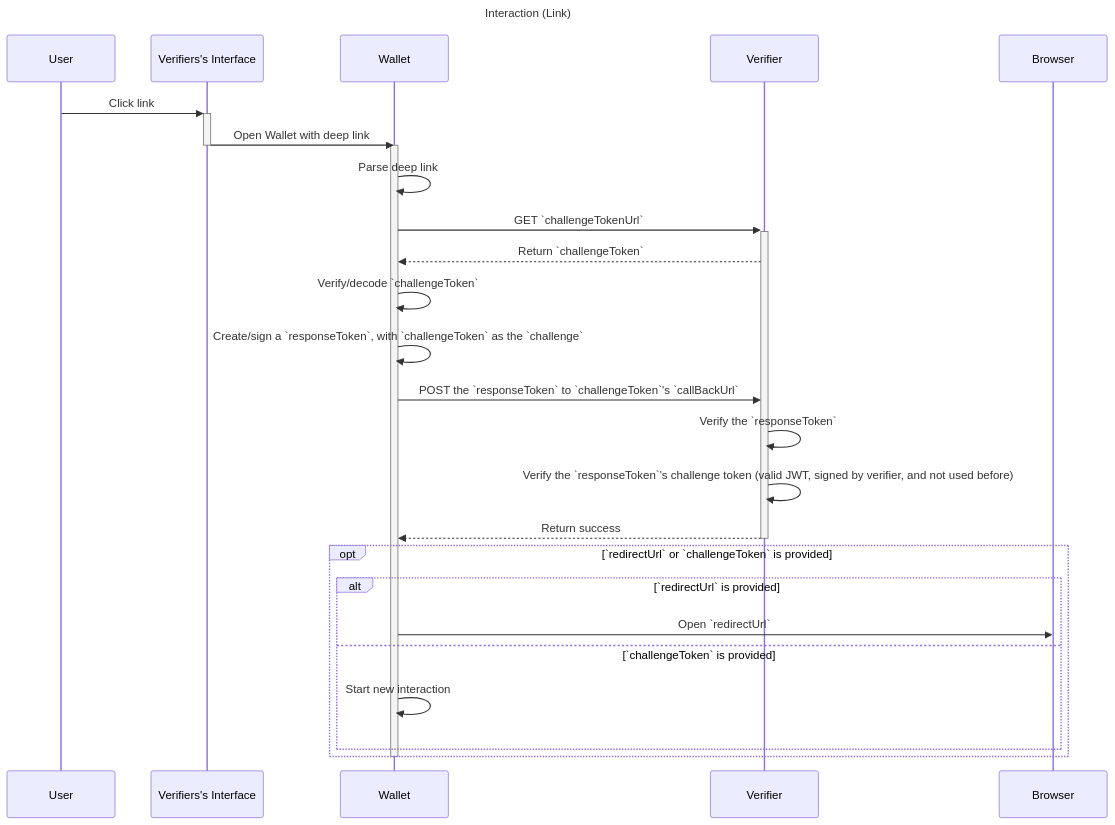
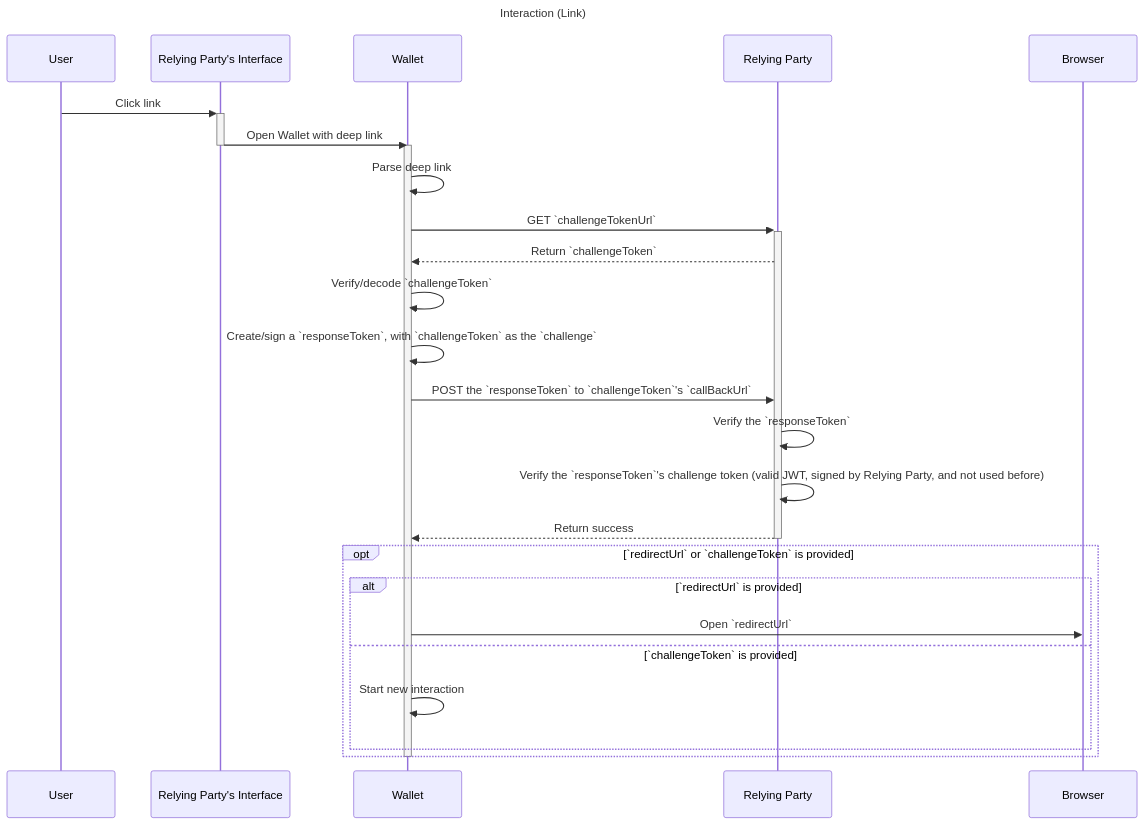
Before and after one commit to decentralized-identity/wallet-and-credential-interactions: the second of 6 diagrams in spec/spec.md, drawn with Mermaid. The commit also changed other lines of this file, not shown here.

````diff
--- a/spec/spec.md
+++ b/spec/spec.md
@@ -220,33 +220,33 @@
 ```mermaid
 sequenceDiagram
   title: Interaction (Link)
 
-  User ->>+ Verifiers's Interface: Click link
+  User ->>+ Relying Party's Interface: Click link
 
-  Verifiers's Interface ->>- Wallet: Open Wallet with deep link
+  Relying Party's Interface ->>- Wallet: Open Wallet with deep link
 
   activate Wallet
 
   Wallet ->> Wallet: Parse deep link
 
-  Wallet ->>+ Verifier: GET `challengeTokenUrl`
-  Verifier -->> Wallet: Return `challengeToken`
+  Wallet ->>+ Relying Party: GET `challengeTokenUrl`
+  Relying Party -->> Wallet: Return `challengeToken`
 
   Wallet ->> Wallet: Verify/decode `challengeToken`
   Wallet ->> Wallet: Create/sign a `responseToken`, with `challengeToken` as the `challenge`
 
-  Wallet ->> Verifier: POST the `responseToken` to `challengeToken`'s `callBackUrl`
-  Verifier ->> Verifier: Verify the `responseToken`
-  Verifier ->> Verifier: Verify the `responseToken`'s challenge token (valid JWT, signed by verifier, and not used before)
-  Verifier -->>- Wallet: Return success
+  Wallet ->> Relying Party: POST the `responseToken` to `challengeToken`'s `callBackUrl`
+  Relying Party ->> Relying Party: Verify the `responseToken`
+  Relying Party ->> Relying Party: Verify the `responseToken`'s challenge token (valid JWT, signed by Relying Party, and not used before)
+  Relying Party -->>- Wallet: Return success
 
   opt `redirectUrl` or `challengeToken` is provided
     alt `redirectUrl` is provided
       Wallet ->> Browser: Open `redirectUrl`
     else `challengeToken` is provided
       Wallet ->> Wallet: Start new interaction
     end
   end
 
   deactivate Wallet
 ```
````
